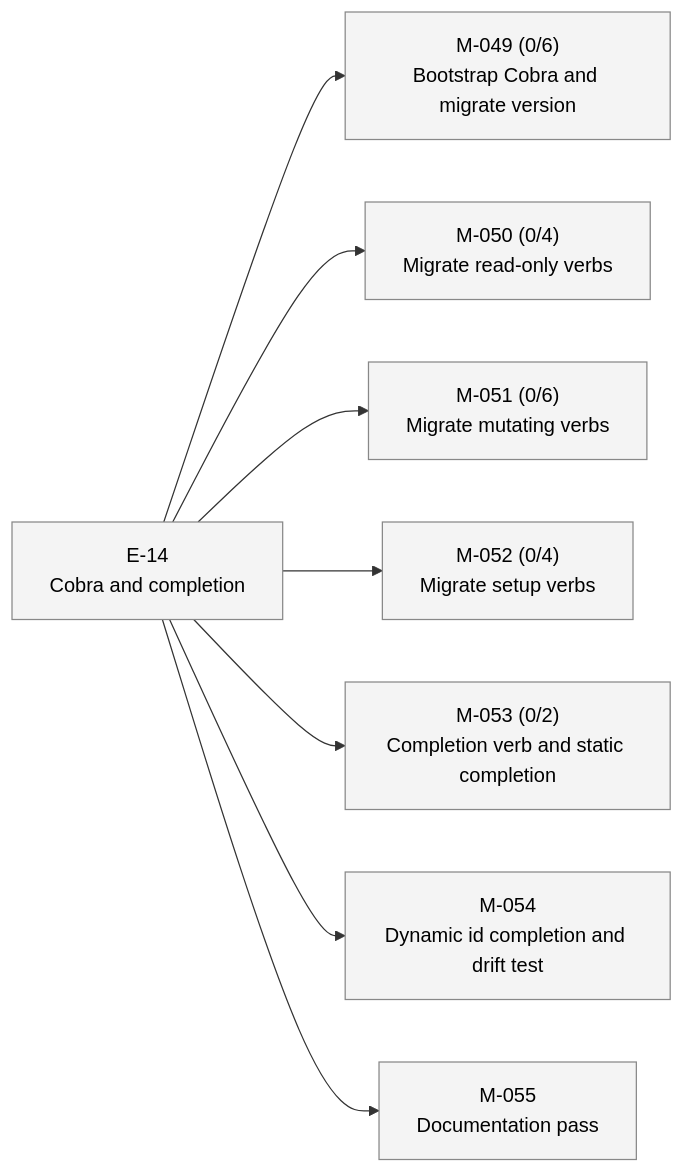
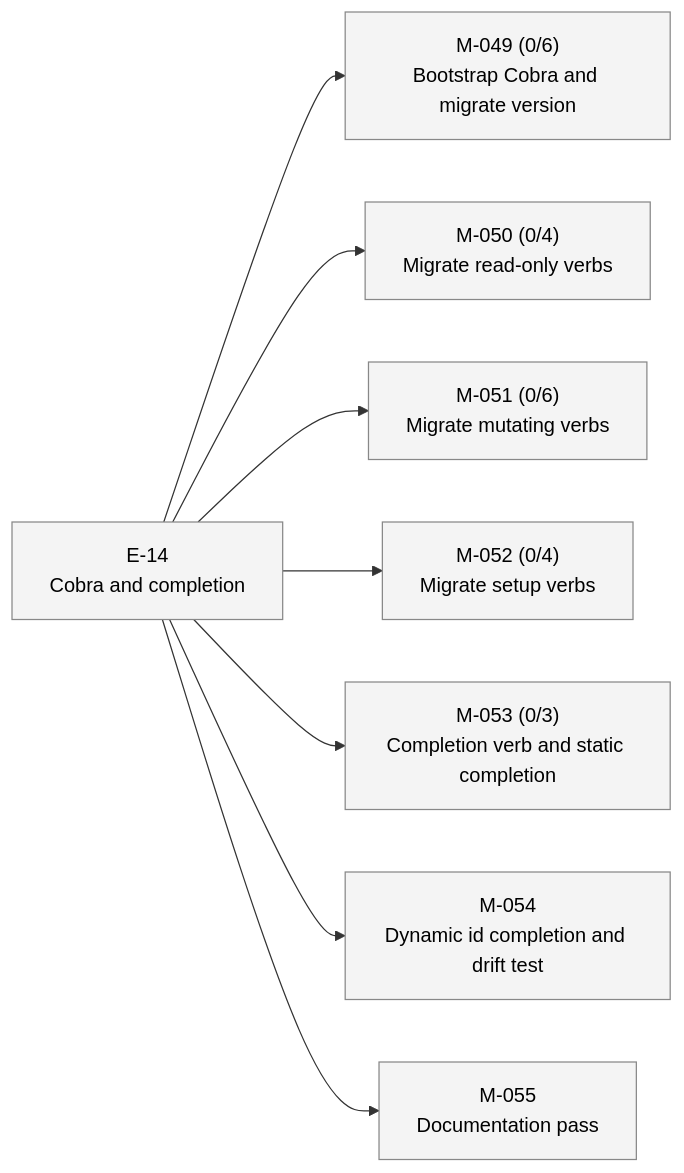
The second of 2 diagrams in STATUS.md (23min/aiwf), drawn with Mermaid before and after one commit. The commit also changed other lines of this file and 1 other file, not shown here.

````diff
--- a/STATUS.md
+++ b/STATUS.md
@@ -38,24 +38,24 @@
 ```mermaid
 flowchart LR
   E_14["E-14<br/>Cobra and completion"]:::epic_proposed
   M_049["M-049 (0/6)<br/>Bootstrap Cobra and migrate version"]:::ms_draft
   E_14 --> M_049
   M_050["M-050 (0/4)<br/>Migrate read-only verbs"]:::ms_draft
   E_14 --> M_050
   M_051["M-051 (0/6)<br/>Migrate mutating verbs"]:::ms_draft
   E_14 --> M_051
   M_052["M-052 (0/4)<br/>Migrate setup verbs"]:::ms_draft
   E_14 --> M_052
-  M_053["M-053 (0/2)<br/>Completion verb and static completion"]:::ms_draft
+  M_053["M-053 (0/3)<br/>Completion verb and static completion"]:::ms_draft
   E_14 --> M_053
   M_054["M-054<br/>Dynamic id completion and drift test"]:::ms_draft
   E_14 --> M_054
   M_055["M-055<br/>Documentation pass"]:::ms_draft
   E_14 --> M_055
   classDef epic_active fill:#d6eaff,stroke:#1a73e8,color:#000
   classDef epic_proposed fill:#f4f4f4,stroke:#888,color:#000
   classDef ms_done fill:#d8f5d8,stroke:#2a8a2a,color:#000
   classDef ms_in_progress fill:#fff3c4,stroke:#caa400,color:#000
   classDef ms_draft fill:#f4f4f4,stroke:#888,color:#000
   classDef ms_cancelled fill:#fbeaea,stroke:#c33,color:#000
 ```
````
